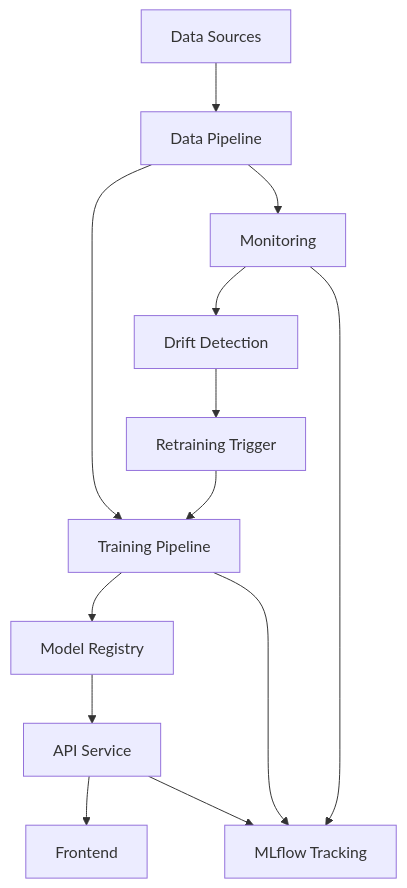
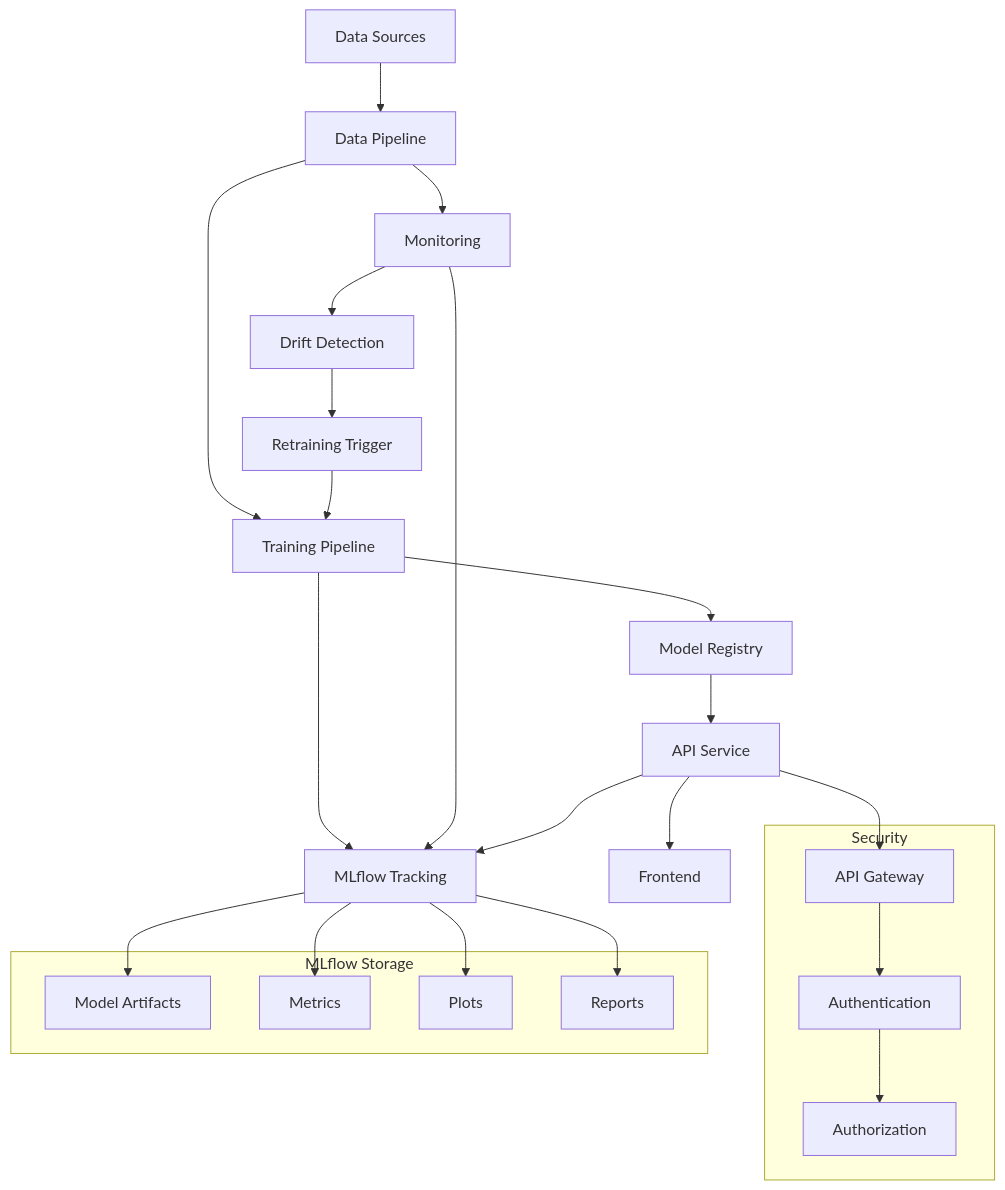
Before and after one commit to richardelchaar/Employee-Attrition-MLOps: the first of 7 diagrams in docs/architecture.md, drawn with Mermaid. The commit also changed other lines of this file and 6 other files, not shown here.

````diff
--- a/docs/architecture.md
+++ b/docs/architecture.md
@@ -7,15 +7,37 @@
 ```mermaid
 graph TD
     A[Data Sources] --> B[Data Pipeline]
     B --> C[Training Pipeline]
     C --> D[Model Registry]
     D --> E[API Service]
     E --> F[Frontend]
     B --> G[Monitoring]
     G --> H[Drift Detection]
     H --> I[Retraining Trigger]
     I --> C
     C --> J[MLflow Tracking]
     G --> J
     E --> J
+    
+    subgraph "Security"
+    K[API Gateway]
+    L[Authentication]
+    M[Authorization]
+    end
+    
+    E --> K
+    K --> L
+    L --> M
+    
+    subgraph "MLflow Storage"
+    N[Model Artifacts]
+    O[Metrics]
+    P[Plots]
+    Q[Reports]
+    end
+    
+    J --> N
+    J --> O
+    J --> P
+    J --> Q
 ```
````
